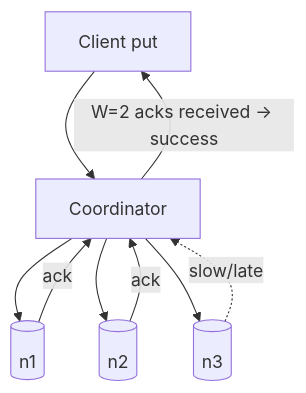
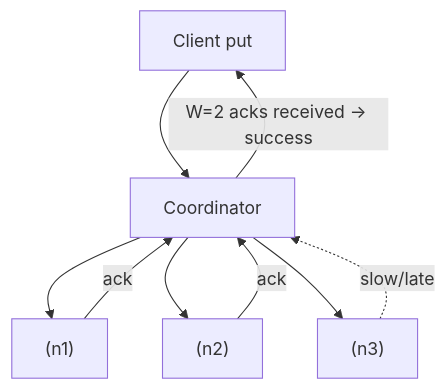
One commit to pankajThakur1874/studysheet changed the fourth of 8 diagrams in files/System-Design-Questions/19-key_value_store_system_design.md. Above: the diagram before and after it, drawn with Mermaid. The commit also changed other lines of this file and 102 other files, not shown here.

Commit message:
Auto-fix Mermaid diagram syntax across all study guides to prevent Syntax Error in Mermaid v10

````diff
--- a/files/System-Design-Questions/19-key_value_store_system_design.md
+++ b/files/System-Design-Questions/19-key_value_store_system_design.md
@@ -208,11 +208,11 @@
 ```mermaid
 flowchart TD
     C[Client put] --> Coord[Coordinator]
-    Coord --> R1[(n1)]
-    Coord --> R2[(n2)]
-    Coord --> R3[(n3)]
+    Coord --> R1["(n1)"]
+    Coord --> R2["(n2)"]
+    Coord --> R3["(n3)"]
     R1 -->|ack| Coord
     R2 -->|ack| Coord
     Coord -->|W=2 acks received → success| C
     R3 -. slow/late .-> Coord
 ```
````
